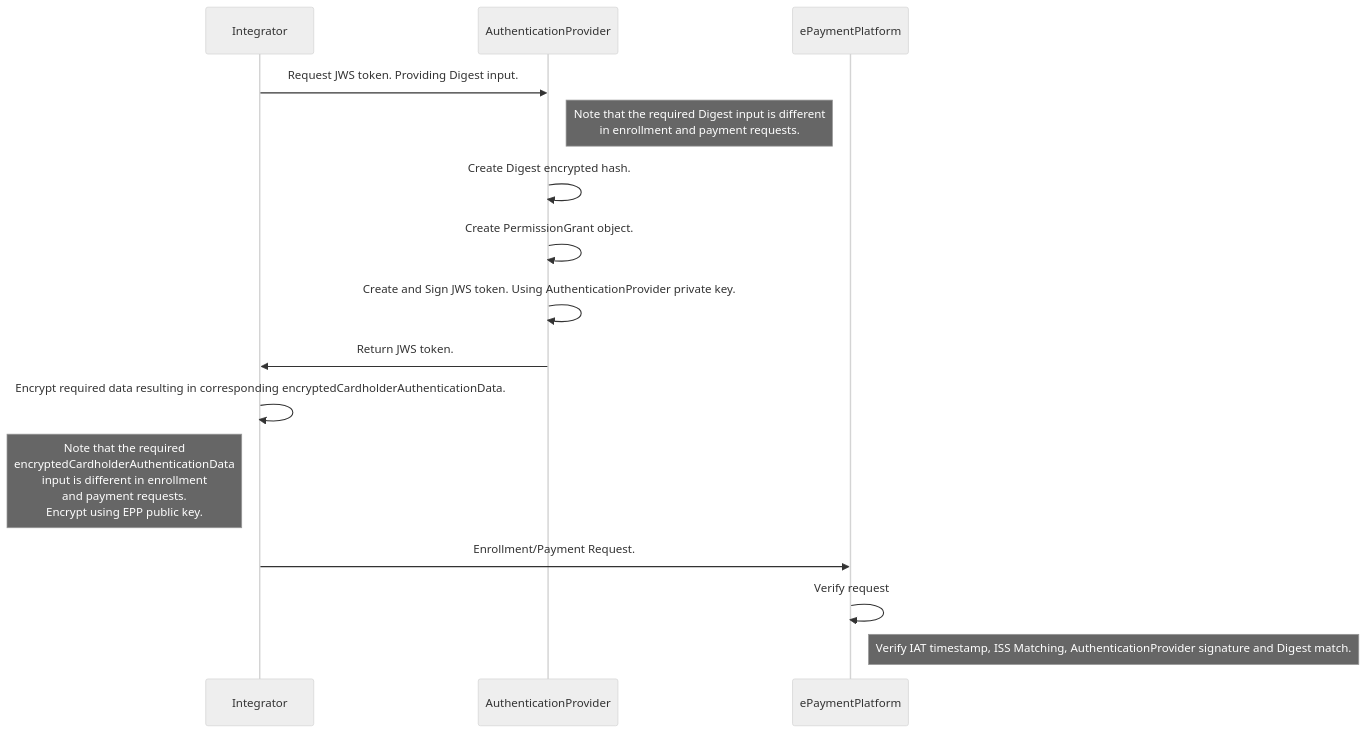
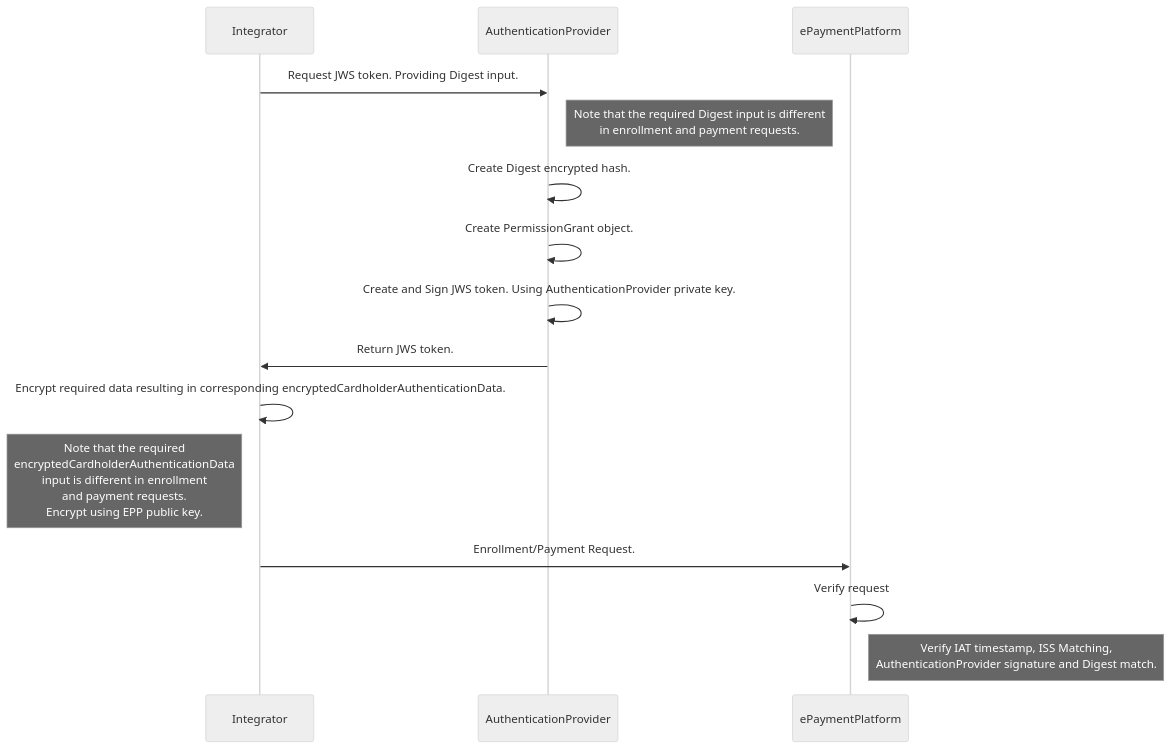
Before and after one commit to BankAxept/bankaxept-epayment-development-kit: the third of 3 diagrams in docs/authentication_interoperability.md, drawn with Mermaid (neutral theme). The commit also changed other lines of this file and 1 other file, not shown here.

Commit message:
Mermaid relation fix

````diff
--- a/docs/authentication_interoperability.md
+++ b/docs/authentication_interoperability.md
@@ -94,20 +94,20 @@
 ```mermaid
 sequenceDiagram
     participant Integrator
     participant AuthenticationProvider
     participant ePaymentPlatform
     
     Integrator ->> AuthenticationProvider: Request JWS token. Providing Digest input.
     note right of AuthenticationProvider: Note that the required Digest input is different <br/>in enrollment and payment requests.
     AuthenticationProvider ->> AuthenticationProvider: Create Digest encrypted hash.
     AuthenticationProvider ->> AuthenticationProvider: Create PermissionGrant object.
     AuthenticationProvider ->> AuthenticationProvider: Create and Sign JWS token. Using AuthenticationProvider private key.
     AuthenticationProvider ->> Integrator: Return JWS token.
     Integrator ->> Integrator : Encrypt required data resulting in corresponding encryptedCardholderAuthenticationData.
     note left of Integrator: Note that the required <br/>encryptedCardholderAuthenticationData <br/> input is different in enrollment<br/> and payment requests. <br/> Encrypt using EPP public key.
 
     Integrator ->> ePaymentPlatform: Enrollment/Payment Request.
     ePaymentPlatform ->> ePaymentPlatform: Verify request
-    note right of ePaymentPlatform: Verify IAT timestamp, ISS Matching, AuthenticationProvider signature and Digest match.
+    note right of ePaymentPlatform: Verify IAT timestamp, ISS Matching, <br/> AuthenticationProvider signature and Digest match.
 
 ```
````
